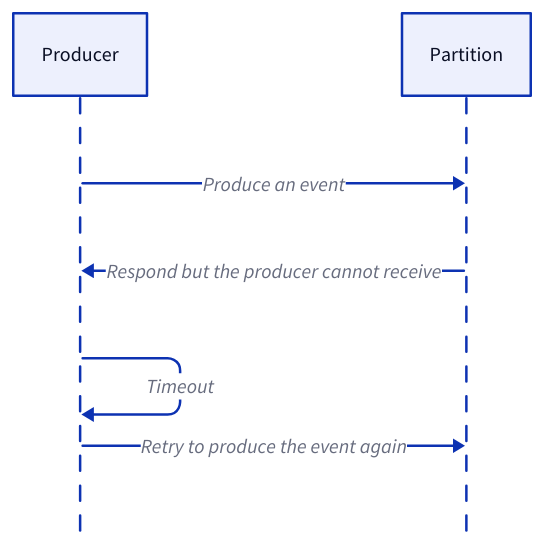
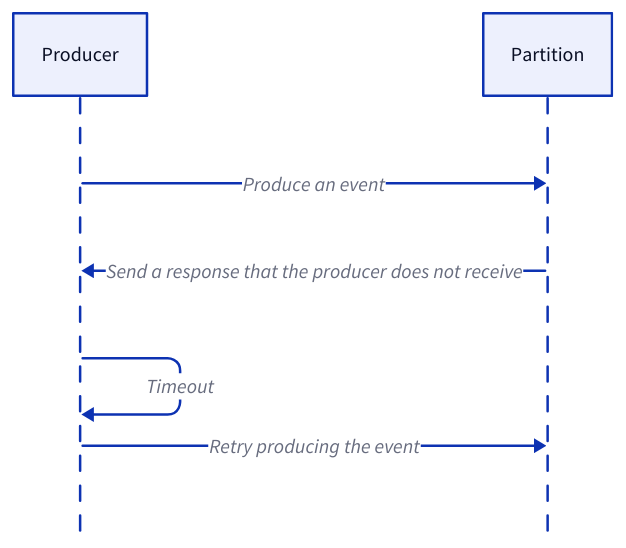
Before and after one commit to link1905/system-design-101: the second of 14 diagrams in content/data-persistence/event-streaming-platform/delivery-semantics.md, drawn with D2. The commit also changed other lines of this file and 42 other files, not shown here.

````diff
--- a/content/data-persistence/event-streaming-platform/delivery-semantics.md
+++ b/content/data-persistence/event-streaming-platform/delivery-semantics.md
@@ -56,17 +55,17 @@
 ```d2
 shape: sequence_diagram
 p: Producer {
   class: server
 }
 q: Partition {
   class: mq
 }
 p -> q: Produce an event
-q -> p: Respond but the producer cannot receive {
+q -> p: Send a response that the producer does not receive {
   class: error-conn
 }
 p -> p: Timeout
-p -> q: Retry to produce the event again {
+p -> q: Retry producing the event {
   class: error-conn
 }
 ```
````
